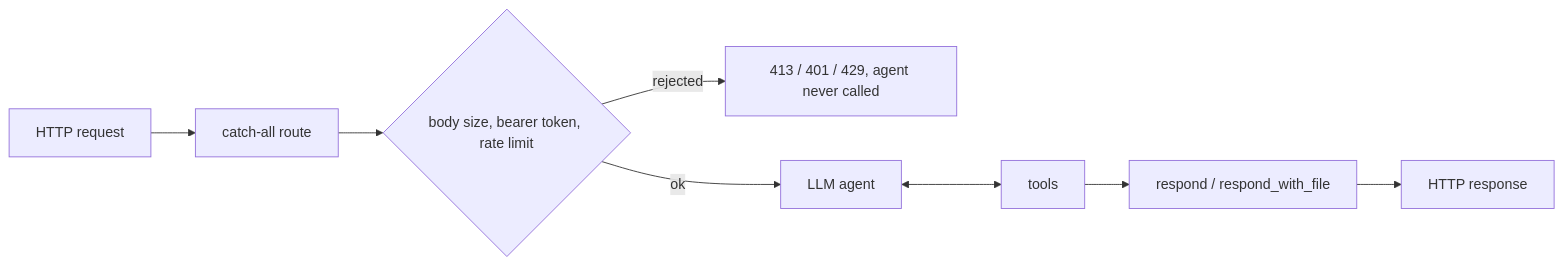
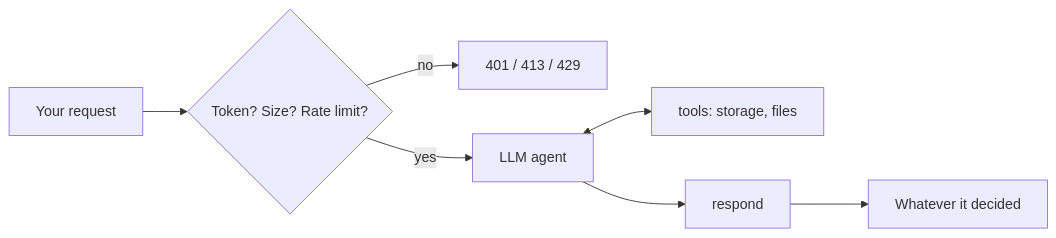
One commit to joojdev/promptend changed the diagram in README.md. Above: the diagram before and after it, drawn with Mermaid. The commit also changed other lines of this file, not shown here.

````diff
--- a/README.md
+++ b/README.md
@@ -27,10 +95,9 @@
 ```mermaid
 flowchart LR
-    A[HTTP request] --> B[catch-all route]
-    B --> C{body size, bearer token, rate limit}
-    C -- rejected --> X[413 / 401 / 429, agent never called]
-    C -- ok --> D[LLM agent]
-    D <--> E[tools]
-    E --> F[respond / respond_with_file]
-    F --> G[HTTP response]
+    A[Your request] --> B{Token? Size? Rate limit?}
+    B -- no --> X[401 / 413 / 429]
+    B -- yes --> C[LLM agent]
+    C <--> D[tools: storage, files]
+    C --> E[respond]
+    E --> F[Whatever it decided]
 ```
````
